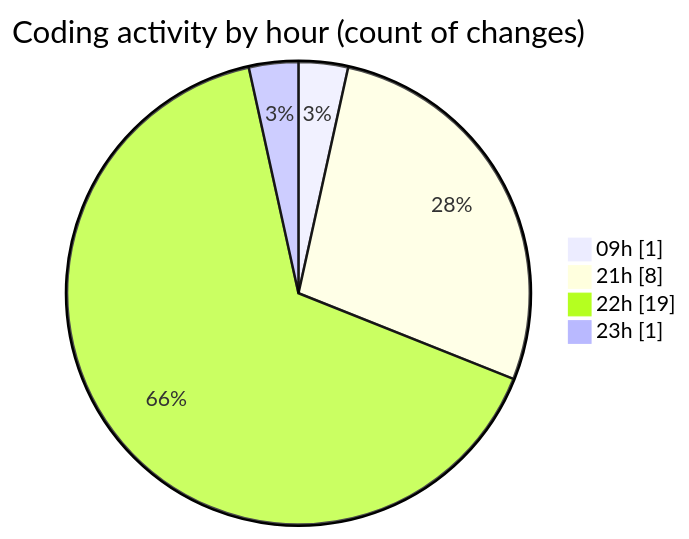
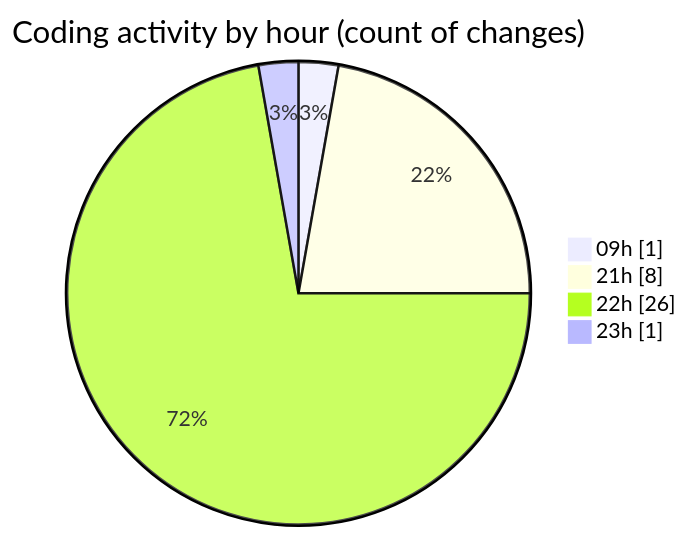
One commit to MatusMokan/code-tracking changed the second of 2 diagrams in 2025-02-19/myws__workspace_/README.md. Above: the diagram before and after it, drawn with Mermaid. The commit also changed other lines of this file and 1 other file, not shown here.

````diff
--- a/2025-02-19/myws__workspace_/README.md
+++ b/2025-02-19/myws__workspace_/README.md
@@ -33,8 +33,8 @@
 ```mermaid
 pie showData
 title Coding activity by hour (count of changes)
 "09h" : 1
 "21h" : 8
-"22h" : 19
+"22h" : 26
 "23h" : 1
 ```
````
